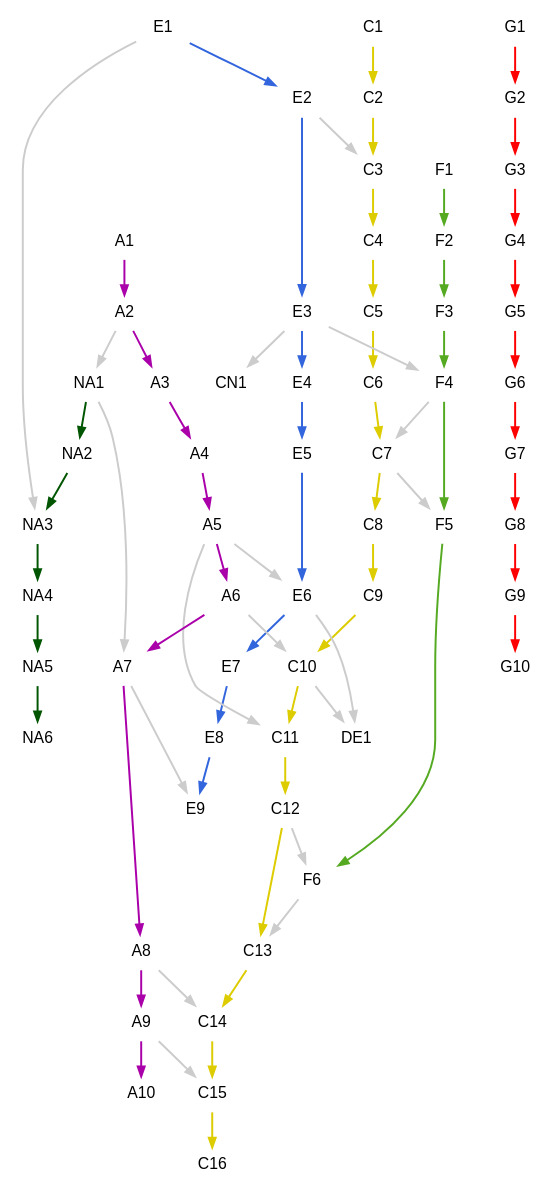
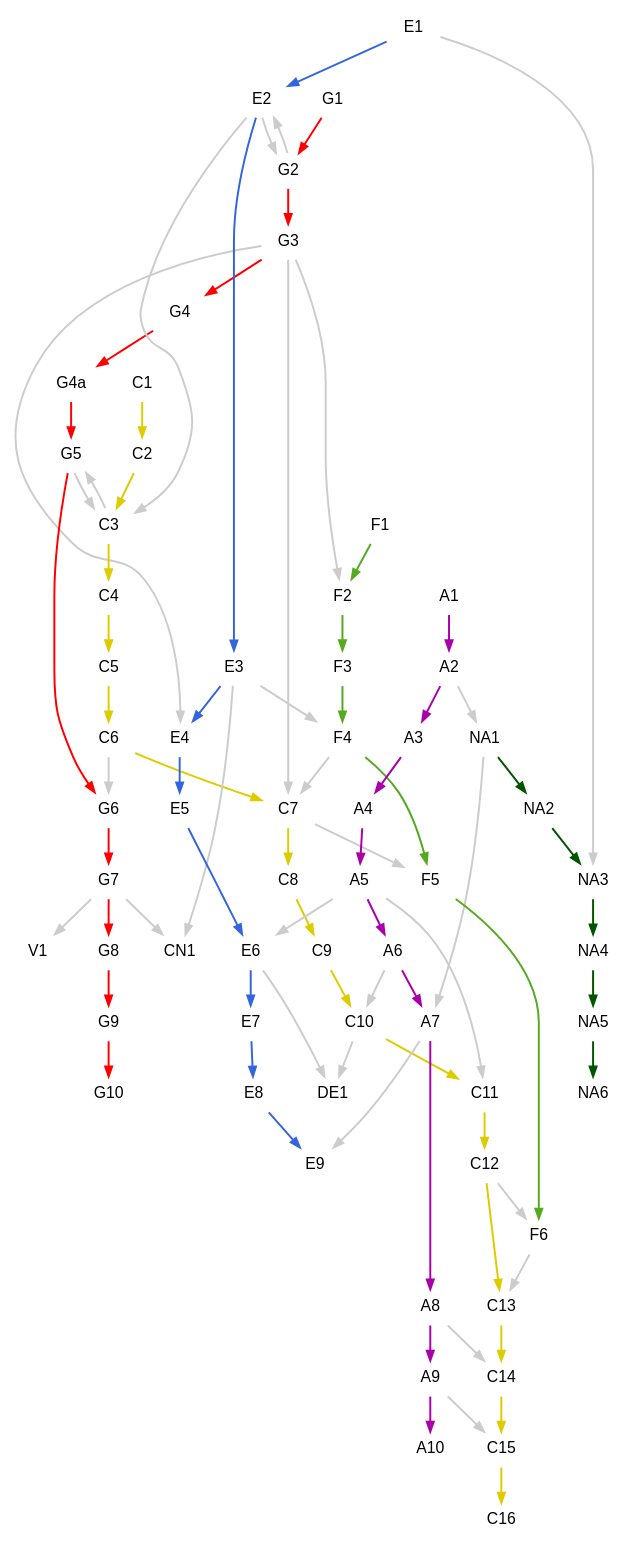
The diagram in data/cmep.gv (gmp26/site), drawn with Graphviz before and after one commit. The commit also changed 2 other files, not shown here.

```diff
--- a/data/cmep.gv
+++ b/data/cmep.gv
@@ -1,80 +1,91 @@
 digraph G {
   node [shape=plaintext;style=inviz;fillcolor="#EEF2FF";fontsize=16; fontname=arial;]
   edge [style=bold;color="#005500"]
   NA1 -> NA2;
   NA2 -> NA3;
   NA3 -> NA4;
   NA4 -> NA5;
   NA5 -> NA6;
   edge [style=bold;color="#FF0000"]
   G1 -> G2;
   G2 -> G3;
   G3 -> G4;
-  G4 -> G5;
+  G4 -> G4a;
+  G4a -> G5;
   G5 -> G6;
   G6 -> G7;
   G7 -> G8;
   G8 -> G9;
   G9 -> G10;
   edge [style=bold;color="#DDCC00"]
   C1 -> C2;
   C2 -> C3;
   C3 -> C4;
   C4 -> C5;
   C5 -> C6;
   C6 -> C7;
   C7 -> C8;
   C8 -> C9;
   C9 -> C10;
   C10 -> C11;
   C11 -> C12;
   C12 -> C13;
   C13 -> C14;
   C14 -> C15;
   C15 -> C16;
   edge [style=bold;color="#3366DD"]
   E1 -> E2;
   E2 -> E3;
   E3 -> E4;
   E4 -> E5;
   E5 -> E6;
   E6 -> E7;
   E7 -> E8;
   E8 -> E9;
   edge [style=bold;color="#CCCCCC"]
   A2 -> NA1;
   A5 -> C11;
   A5 -> E6;
   A6 -> C10;
   A7 -> E9;
   A8 -> C14;
   A9 -> C15;
   E1 -> NA3;
   E2 -> C3;
+  E2 -> G2;
   E3 -> F4;
   E3 -> CN1;
   E6 -> DE1;
+  C3 -> G5;
+  C6 -> G6;
   C7 -> F5;
   C10 -> DE1;
   C12 -> F6;
   F4 -> C7;
   F6 -> C13;
+  G5 -> C3;
+  G2 -> E2;
+  G3 -> E4;
+  G3 -> C7;
+  G3 -> F2;
+  G7 -> V1;
+  G7 -> CN1;
   NA1 -> A7;
   edge [style=bold;color="#AA00AA"]
   A1 -> A2;
   A2 -> A3;
   A3 -> A4;
   A4 -> A5;
   A5 -> A6;
   A6 -> A7;
   A7 -> A8;
   A8 -> A9;
   A9 -> A10;
   edge [style=bold;color="#55AA22"]
   F1 -> F2;
   F2 -> F3;
   F3 -> F4;
   F4 -> F5;
   F5 -> F6;
 
 }
```
